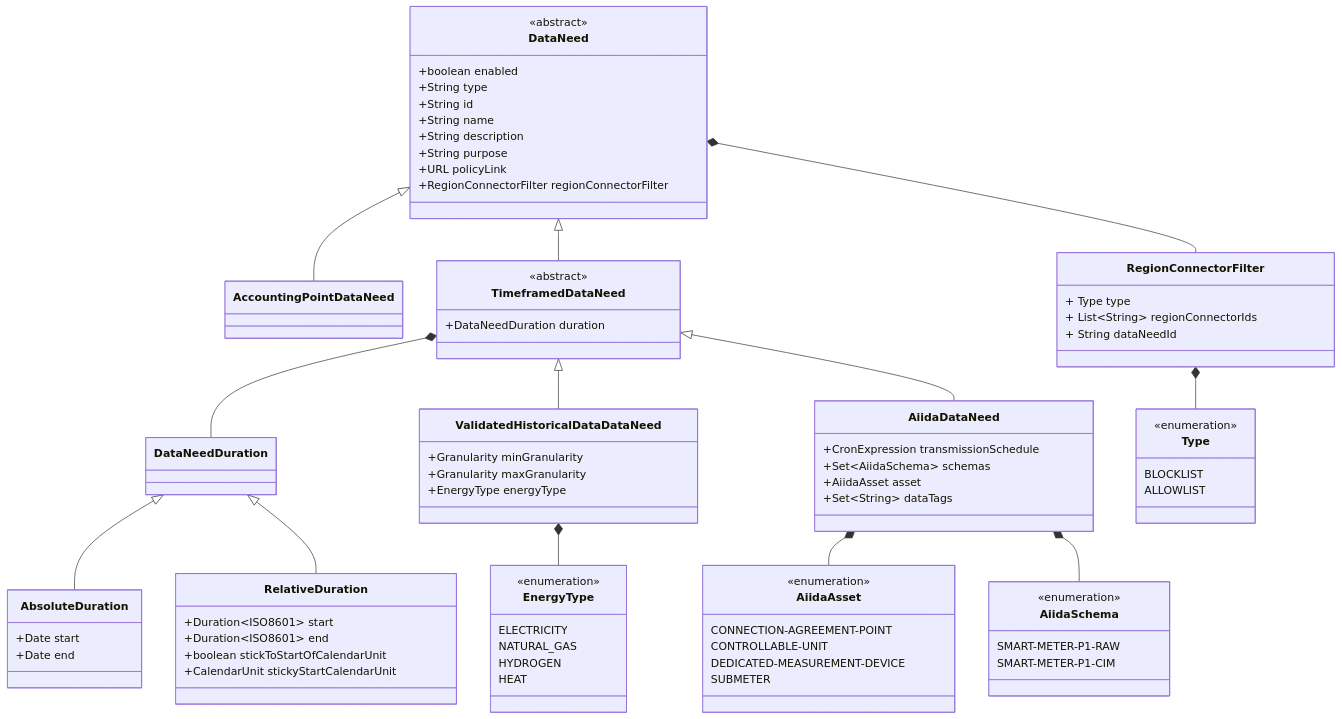
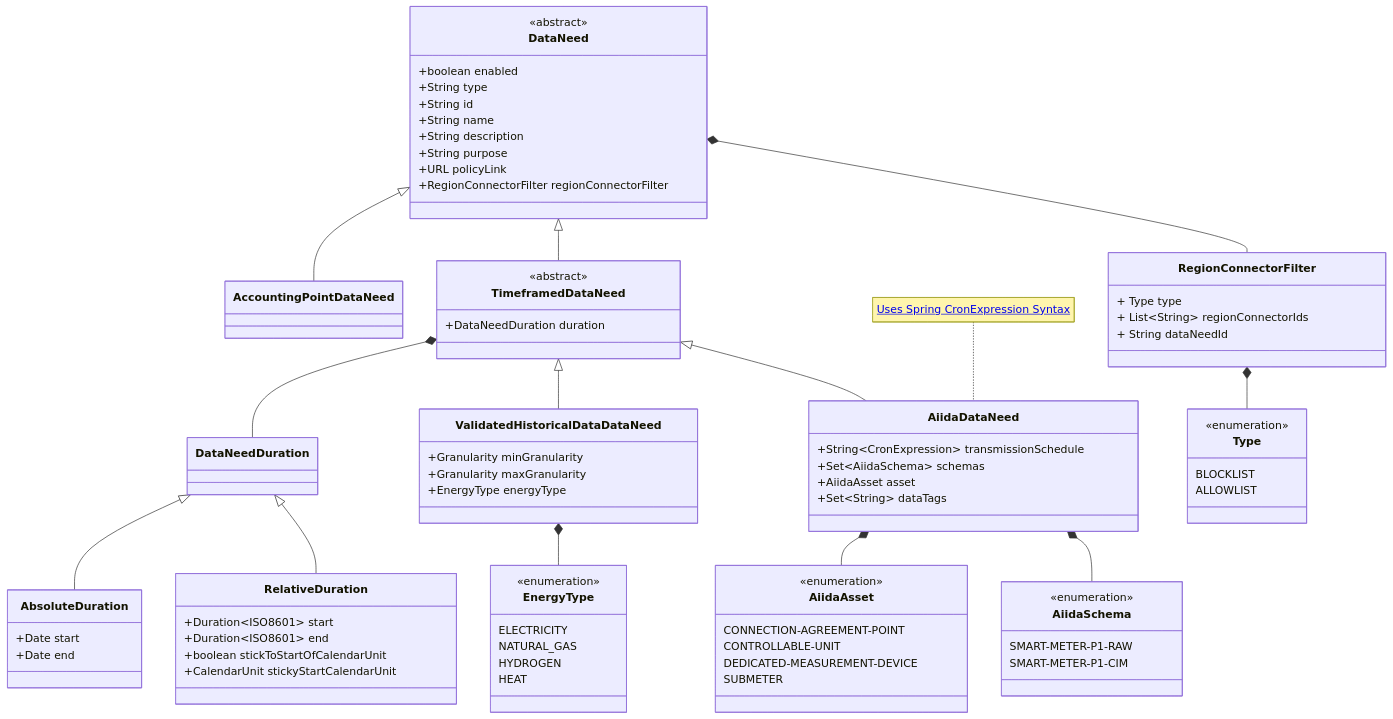
One commit to eddie-energy/eddie changed the diagram in data-needs/data-needs.mermaid. Above: the diagram before and after it, drawn with Mermaid.

Commit message:
NOISSUE framework docs: Add note to specify how the Spring CronExpression is used in the AiidaDataNeed

```diff
--- a/data-needs/data-needs.mermaid
+++ b/data-needs/data-needs.mermaid
@@ -1,91 +1,92 @@
 classDiagram
     class DataNeed {
         <<abstract>>
         +boolean enabled
         +String type
         +String id
         +String name
         +String description
         +String purpose
         +URL policyLink
         +RegionConnectorFilter regionConnectorFilter
     }
 
     class AccountingPointDataNeed
 
     class TimeframedDataNeed {
         <<abstract>>
         +DataNeedDuration duration
     }
 
     class ValidatedHistoricalDataDataNeed {
         +Granularity minGranularity
         +Granularity maxGranularity
         +EnergyType energyType
     }
 
     class AiidaDataNeed {
-        +CronExpression transmissionSchedule
+        +String~CronExpression~ transmissionSchedule
         +Set~AiidaSchema~ schemas
         +AiidaAsset asset
         +Set~String~ dataTags
     }
+    note for AiidaDataNeed "<a href='https://docs.spring.io/spring-framework/docs/current/javadoc-api/org/springframework/scheduling/support/CronExpression.html'>Uses Spring CronExpression Syntax</a>"
 
     class EnergyType {
         <<enumeration>>
         ELECTRICITY
         NATURAL_GAS
         HYDROGEN
         HEAT
     }
 
     class AiidaSchema {
         <<enumeration>>
         SMART-METER-P1-RAW
         SMART-METER-P1-CIM
     }
 
     class AiidaAsset {
         <<enumeration>>
         CONNECTION-AGREEMENT-POINT
         CONTROLLABLE-UNIT
         DEDICATED-MEASUREMENT-DEVICE
         SUBMETER
     }
 
     class DataNeedDuration
 
     class RelativeDuration {
         +Duration~ISO8601~ start
         +Duration~ISO8601~ end
         +boolean stickToStartOfCalendarUnit
         +CalendarUnit stickyStartCalendarUnit
     }
 
     class AbsoluteDuration {
         +Date start
         +Date end
     }
     class RegionConnectorFilter {
         + Type type
         + List~String~ regionConnectorIds
         + String dataNeedId
     }
     class Type {
         <<enumeration>>
         BLOCKLIST
         ALLOWLIST
     }
 
     DataNeed <|-- AccountingPointDataNeed
     DataNeed <|-- TimeframedDataNeed
     TimeframedDataNeed *-- DataNeedDuration
     TimeframedDataNeed <|-- ValidatedHistoricalDataDataNeed
     ValidatedHistoricalDataDataNeed *-- EnergyType
     DataNeedDuration <|-- AbsoluteDuration
     DataNeedDuration <|-- RelativeDuration
     AiidaDataNeed *-- AiidaAsset
     AiidaDataNeed *-- AiidaSchema
     TimeframedDataNeed <|-- AiidaDataNeed
     DataNeed *-- RegionConnectorFilter
     RegionConnectorFilter *-- Type
```
